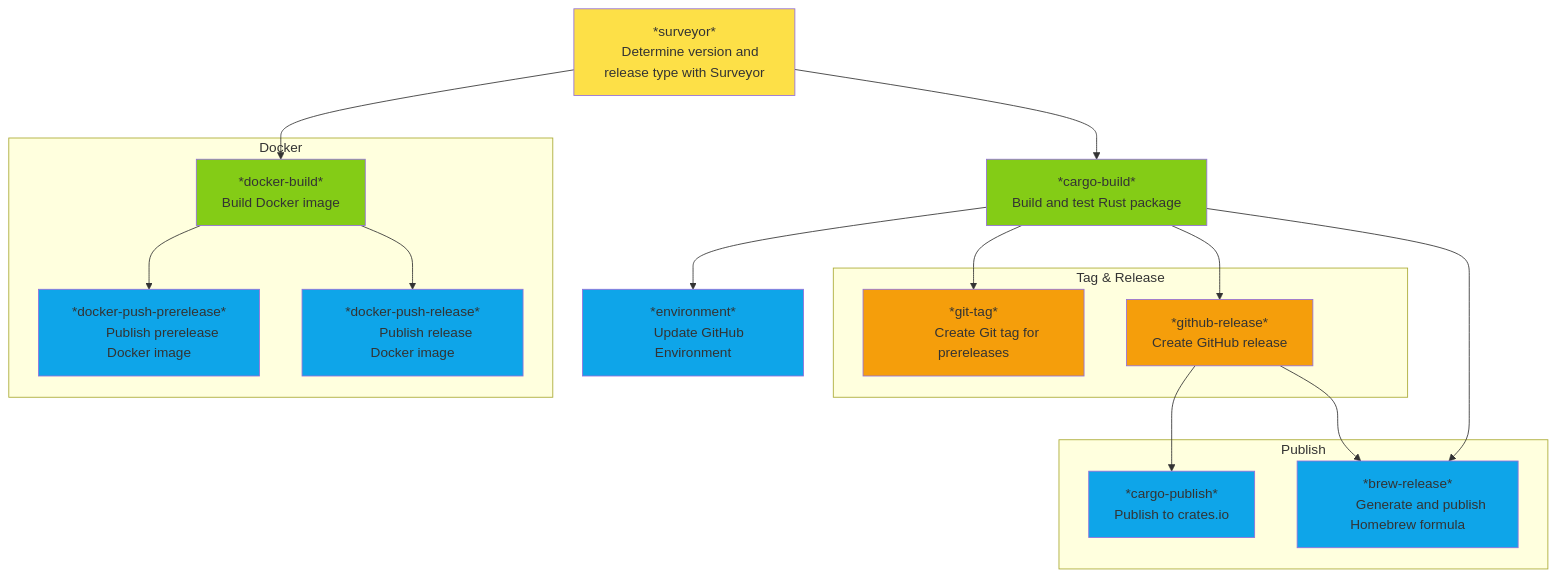
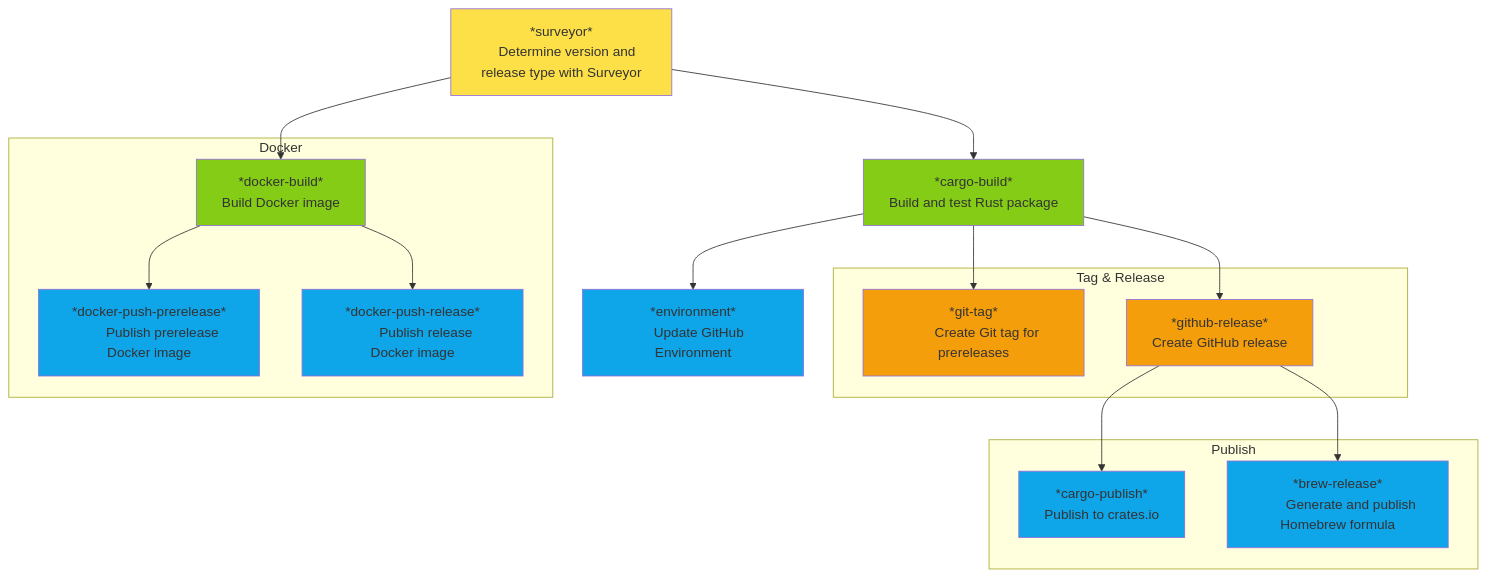
One commit to StudioLE/Actions changed the fourth of 4 diagrams in README.md. Above: the diagram before and after it, drawn with Mermaid.

Commit message:
docs: Remove redundant `cargo-build` edge to `brew-release`
`brew` already waits for `cargo-build` through `github-release`, and `ci-cd-rust.yml` doesn't list `cargo-build` in its `needs`.

````diff
--- a/README.md
+++ b/README.md
@@ -179,55 +179,54 @@
 ```mermaid
 flowchart TD
     surveyor[*surveyor*
     Determine version and release type with Surveyor]:::SURVEYOR
 
     cargo-build[*cargo-build*
     Build and test Rust package]:::BUILD
 
     subgraph TAG[Tag & Release]
         git-tag[*git-tag*
         Create Git tag for prereleases]:::RELEASE
         github-release[*github-release*
         Create GitHub release]:::RELEASE
     end
 
     subgraph PUBLISH[Publish]
         cargo-publish[*cargo-publish*
         Publish to crates.io]:::PUSH
         brew-release[*brew-release*
         Generate and publish Homebrew formula]:::PUSH
     end
 
     subgraph DOCKER[Docker]
         docker-build[*docker-build*
         Build Docker image]:::BUILD
         docker-push-prerelease[*docker-push-prerelease*
         Publish prerelease Docker image]:::PUSH
         docker-push-release[*docker-push-release*
         Publish release Docker image]:::PUSH
     end
 
     environment[*environment*
     Update GitHub Environment]:::PUSH
 
     %% Main workflow connections
     surveyor --> cargo-build
 
     cargo-build --> git-tag
     cargo-build --> github-release
     cargo-build --> environment
 
     github-release --> cargo-publish
     github-release --> brew-release
-    cargo-build --> brew-release
 
     surveyor --> docker-build
     docker-build --> docker-push-prerelease
     docker-build --> docker-push-release
 
     %% Styling with Tailwind colors
     classDef SURVEYOR fill:#fde047
     classDef BUILD fill:#84cc16
     classDef RELEASE fill:#f59e0b
     classDef PUSH fill:#0ea5e9
 ```
````
